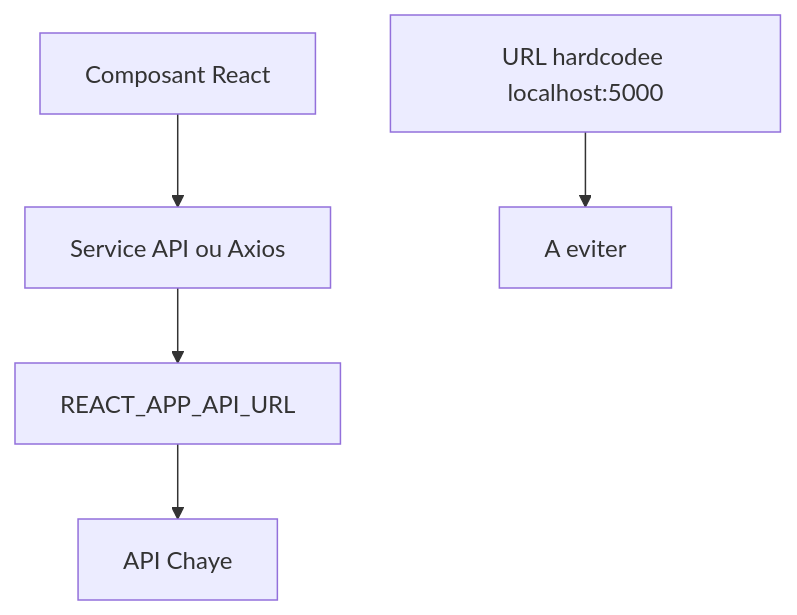
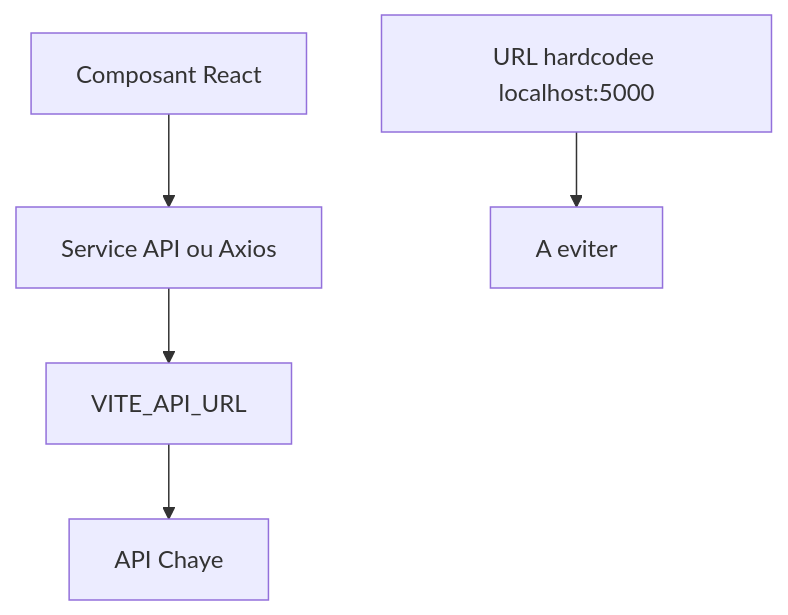
Before and after one commit to Chaye-parcel-traveler/chaye_web_frontend: the eighth of 10 diagrams in README.md, drawn with Mermaid. The commit also changed other lines of this file and 31 other files, not shown here.

````diff
--- a/README.md
+++ b/README.md
@@ -305,7 +305,7 @@
 ```mermaid
 flowchart TD
     Component["Composant React"] --> Service["Service API ou Axios"]
-    Service --> BaseURL["REACT_APP_API_URL"]
+    Service --> BaseURL["VITE_API_URL"]
     BaseURL --> Backend["API Chaye"]
     Bad["URL hardcodee localhost:5000"] --> Avoid["A eviter"]
 ```
````
